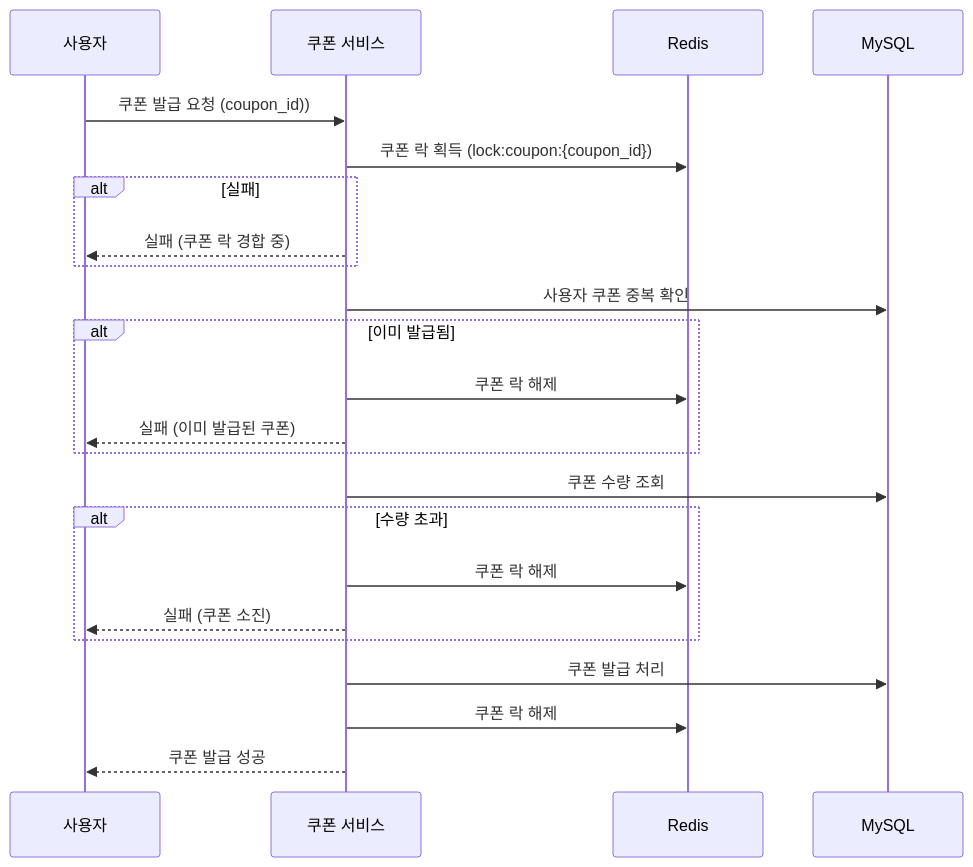
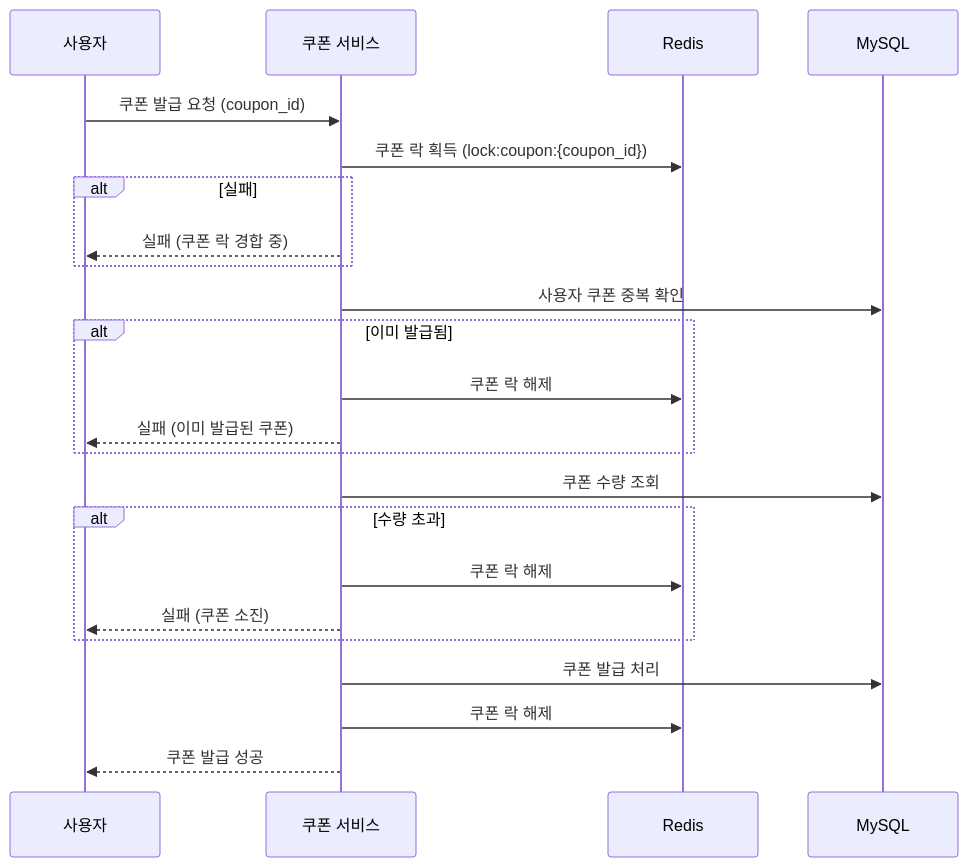
One commit to DevDior/e-commers-server-java changed the fifth of 7 diagrams in docs/sequence.md. Above: the diagram before and after it, drawn with Mermaid. The commit also changed other lines of this file, not shown here.

Commit message:
[DOCS] 시퀀스 다이어그램 Update

````diff
--- a/docs/sequence.md
+++ b/docs/sequence.md
@@ -139,30 +133,30 @@
 ```mermaid
 sequenceDiagram
     participant 사용자
     participant 쿠폰 서비스
     participant Redis
     participant MySQL
     
-    사용자->>쿠폰 서비스: 쿠폰 발급 요청 (coupon_id))
+    사용자->>쿠폰 서비스: 쿠폰 발급 요청 (coupon_id)
     
     쿠폰 서비스->>Redis: 쿠폰 락 획득 (lock:coupon:{coupon_id})
     alt 실패
         쿠폰 서비스-->>사용자: 실패 (쿠폰 락 경합 중)
     end
     
     쿠폰 서비스->>MySQL: 사용자 쿠폰 중복 확인
     alt 이미 발급됨
         쿠폰 서비스->>Redis: 쿠폰 락 해제
         쿠폰 서비스-->>사용자: 실패 (이미 발급된 쿠폰)
     end
     
     쿠폰 서비스->>MySQL: 쿠폰 수량 조회
     alt 수량 초과
         쿠폰 서비스->>Redis: 쿠폰 락 해제
         쿠폰 서비스-->>사용자: 실패 (쿠폰 소진)
     end
     
     쿠폰 서비스->>MySQL: 쿠폰 발급 처리
     쿠폰 서비스->>Redis: 쿠폰 락 해제
     쿠폰 서비스-->>사용자: 쿠폰 발급 성공
 ```
````
